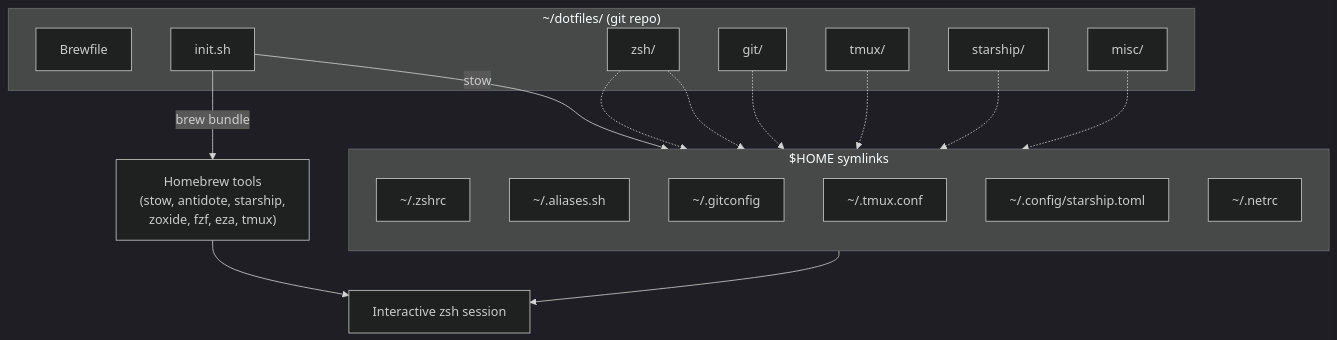
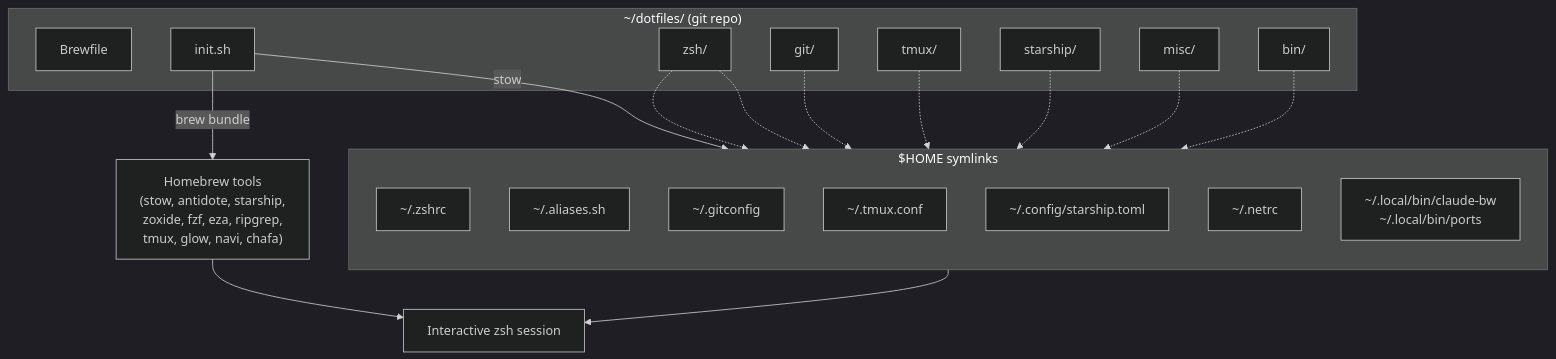
One commit to meninoebom/dotfiles changed the diagram in README.md. Above: the diagram before and after it, drawn with Mermaid (dark theme). The commit also changed other lines of this file and 4 other files, not shown here.

First line of the commit message:
Add bin package: track ~/.local/bin custom scripts via stow

````diff
--- a/README.md
+++ b/README.md
@@ -20,35 +20,38 @@
 ```mermaid
 flowchart TD
     subgraph src["~/dotfiles/ (git repo)"]
         BF[Brewfile]
         IS[init.sh]
         Z[zsh/]
         G[git/]
         TM[tmux/]
         ST[starship/]
         MS[misc/]
+        BN[bin/]
     end
 
-    IS -->|brew bundle| TOOLS["Homebrew tools<br/>(stow, antidote, starship,<br/>zoxide, fzf, eza, tmux)"]
+    IS -->|brew bundle| TOOLS["Homebrew tools<br/>(stow, antidote, starship,<br/>zoxide, fzf, eza, ripgrep,<br/>tmux, glow, navi, chafa)"]
     IS -->|stow| LINKS
 
     subgraph LINKS["$HOME symlinks"]
         direction TB
         HZ["~/.zshrc"]
         HA["~/.aliases.sh"]
         HG["~/.gitconfig"]
         HT["~/.tmux.conf"]
         HS["~/.config/starship.toml"]
         HN["~/.netrc"]
+        HB["~/.local/bin/claude-bw<br/>~/.local/bin/ports"]
     end
 
     Z -.-> HZ
     Z -.-> HA
     G -.-> HG
     TM -.-> HT
     ST -.-> HS
     MS -.-> HN
+    BN -.-> HB
 
     LINKS --> SHELL["Interactive zsh session"]
     TOOLS --> SHELL
 ```
````
